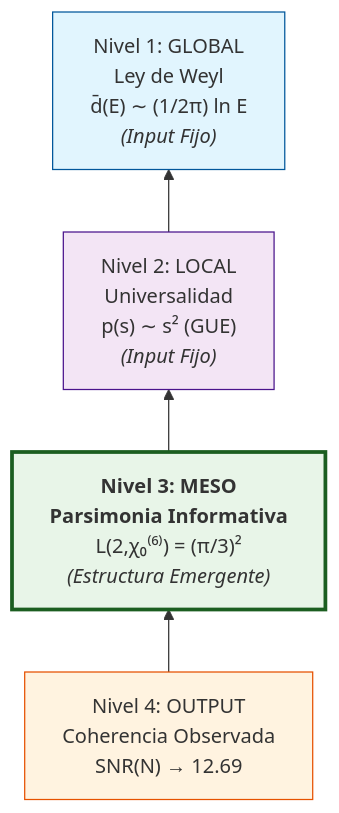
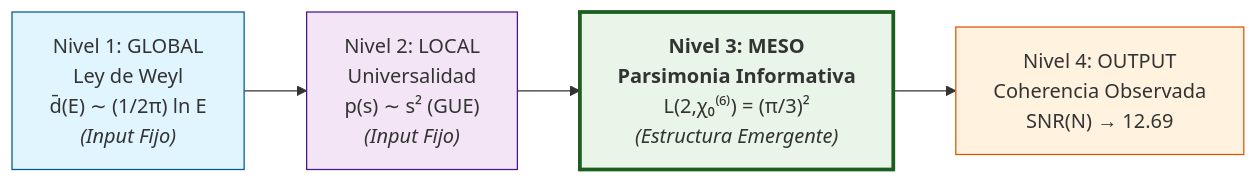
One commit to NachoPeinador/RIEMANN_Z6 changed the second of 2 diagrams in README_ES.md. Above: the diagram before and after it, drawn with Mermaid.

````diff
--- a/README_ES.md
+++ b/README_ES.md
@@ -94,12 +94,12 @@
 ```mermaid
-graph BT
-    L4["Nivel 4: OUTPUT<br>Coherencia Observada<br>SNR(N) → 12.69"] --> L3
-    L3["<strong>Nivel 3: MESO<br>Parsimonia Informativa</strong><br>L(2,χ₀⁽⁶⁾) = (π/3)²<br><em>(Estructura Emergente)</em>"] --> L2
-    L2["Nivel 2: LOCAL<br>Universalidad<br>p(s) ∼ s² (GUE)<br><em>(Input Fijo)</em>"] --> L1
-    L1["Nivel 1: GLOBAL<br>Ley de Weyl<br>d̄(E) ∼ (1/2π) ln E<br><em>(Input Fijo)</em>"]
+graph LR
+    L1["Nivel 1: GLOBAL<br>Ley de Weyl<br>d̄(E) ∼ (1/2π) ln E<br><em>(Input Fijo)</em>"] --> L2
+    L2["Nivel 2: LOCAL<br>Universalidad<br>p(s) ∼ s² (GUE)<br><em>(Input Fijo)</em>"] --> L3
+    L3["<strong>Nivel 3: MESO<br>Parsimonia Informativa</strong><br>L(2,χ₀⁽⁶⁾) = (π/3)²<br><em>(Estructura Emergente)</em>"] --> L4
+    L4["Nivel 4: OUTPUT<br>Coherencia Observada<br>SNR(N) → 12.69"]
     
     style L1 fill:#e1f5fe,stroke:#01579b
     style L2 fill:#f3e5f5,stroke:#4a148c
     style L3 fill:#e8f5e8,stroke:#1b5e20,stroke-width:3px
     style L4 fill:#fff3e0,stroke:#e65100
 ```
````
